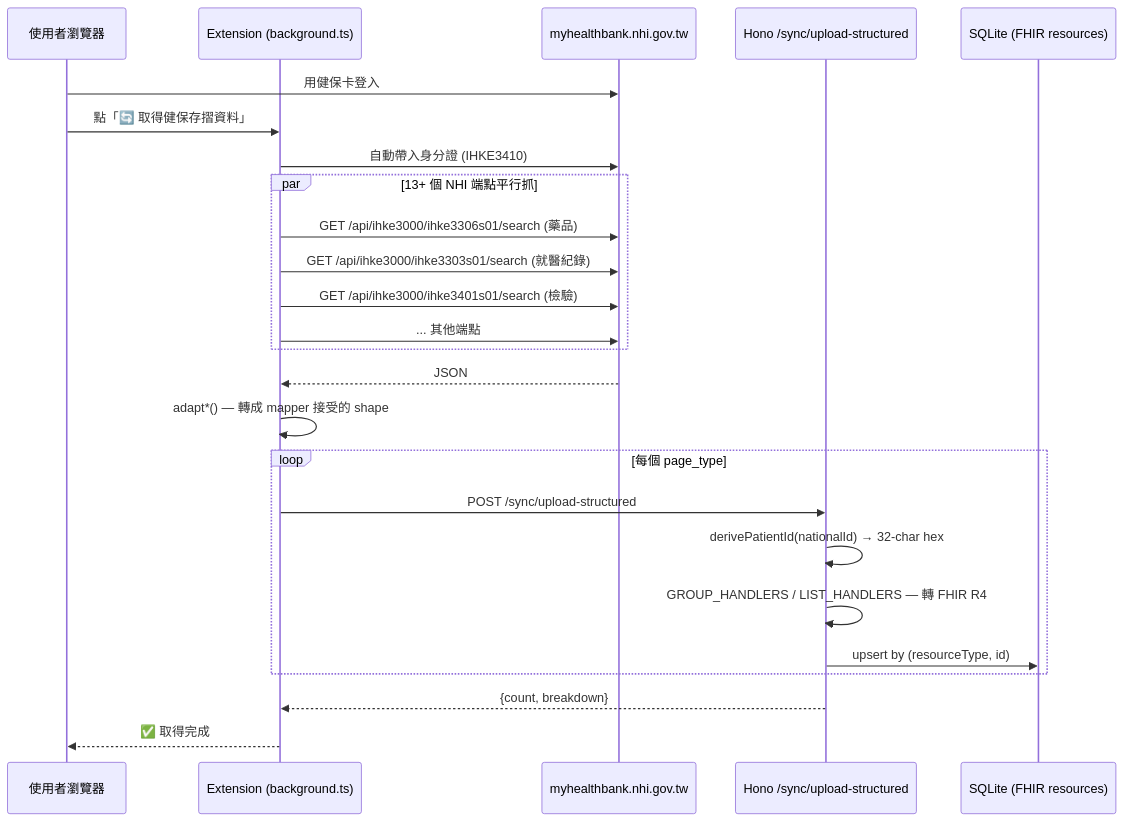
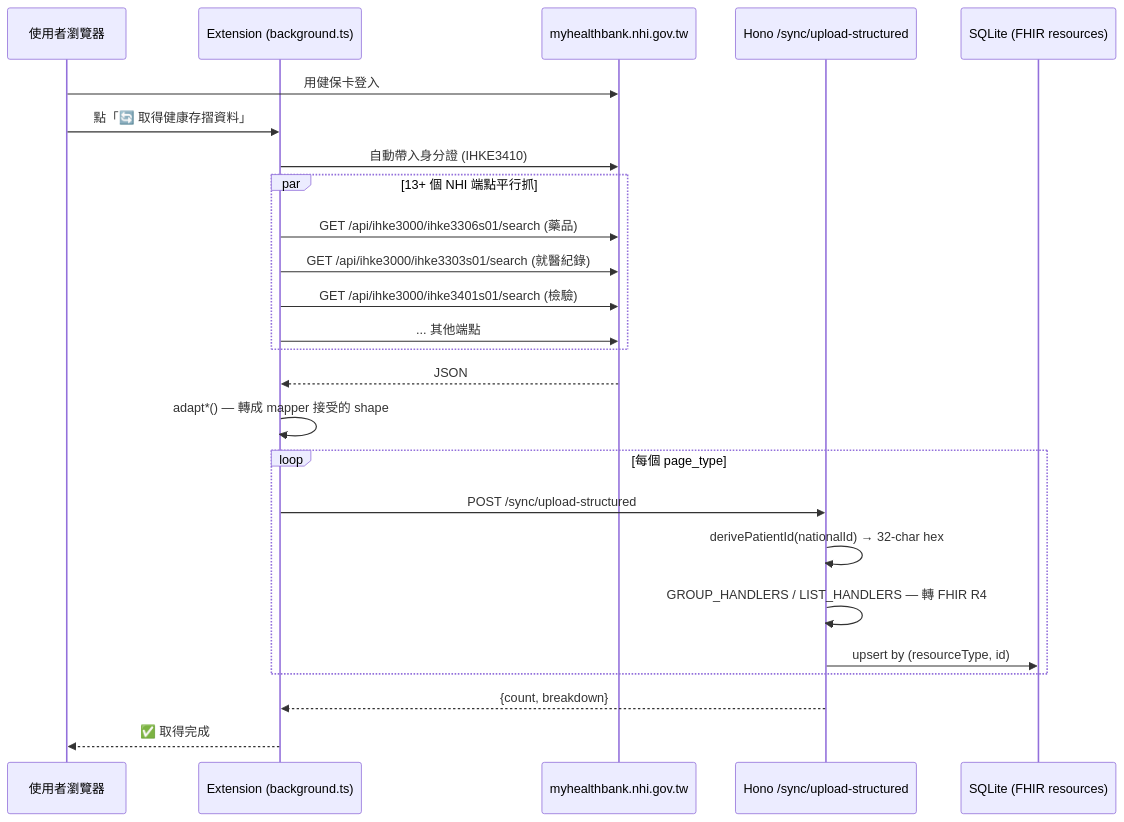
The second of 2 diagrams in docs/ARCHITECTURE.md (voho0000/NHI-FHIR-BRIDGE), drawn with Mermaid before and after one commit. The commit also changed 10 other files, not shown here.

````diff
--- a/docs/ARCHITECTURE.md
+++ b/docs/ARCHITECTURE.md
@@ -80,28 +80,28 @@
 ```mermaid
 sequenceDiagram
   participant User as 使用者瀏覽器
   participant Ext as Extension (background.ts)
   participant NHI as myhealthbank.nhi.gov.tw
   participant API as Hono /sync/upload-structured
   participant DB as SQLite (FHIR resources)
 
   User->>NHI: 用健保卡登入
-  User->>Ext: 點「🔄 取得健保存摺資料」
+  User->>Ext: 點「🔄 取得健康存摺資料」
   Ext->>NHI: 自動帶入身分證 (IHKE3410)
   par 13+ 個 NHI 端點平行抓
     Ext->>NHI: GET /api/ihke3000/ihke3306s01/search (藥品)
     Ext->>NHI: GET /api/ihke3000/ihke3303s01/search (就醫紀錄)
     Ext->>NHI: GET /api/ihke3000/ihke3401s01/search (檢驗)
     Ext->>NHI: ... 其他端點
   end
   NHI-->>Ext: JSON
   Ext->>Ext: adapt*() — 轉成 mapper 接受的 shape
   loop 每個 page_type
     Ext->>API: POST /sync/upload-structured
     API->>API: derivePatientId(nationalId) → 32-char hex
     API->>API: GROUP_HANDLERS / LIST_HANDLERS — 轉 FHIR R4
     API->>DB: upsert by (resourceType, id)
   end
   API-->>Ext: {count, breakdown}
   Ext-->>User: ✅ 取得完成
 ```
````
